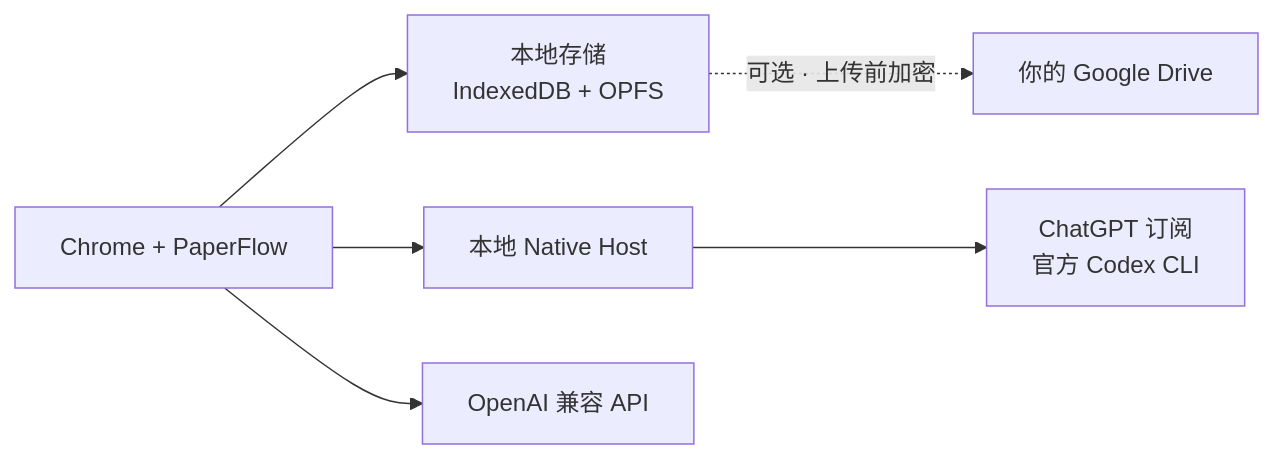
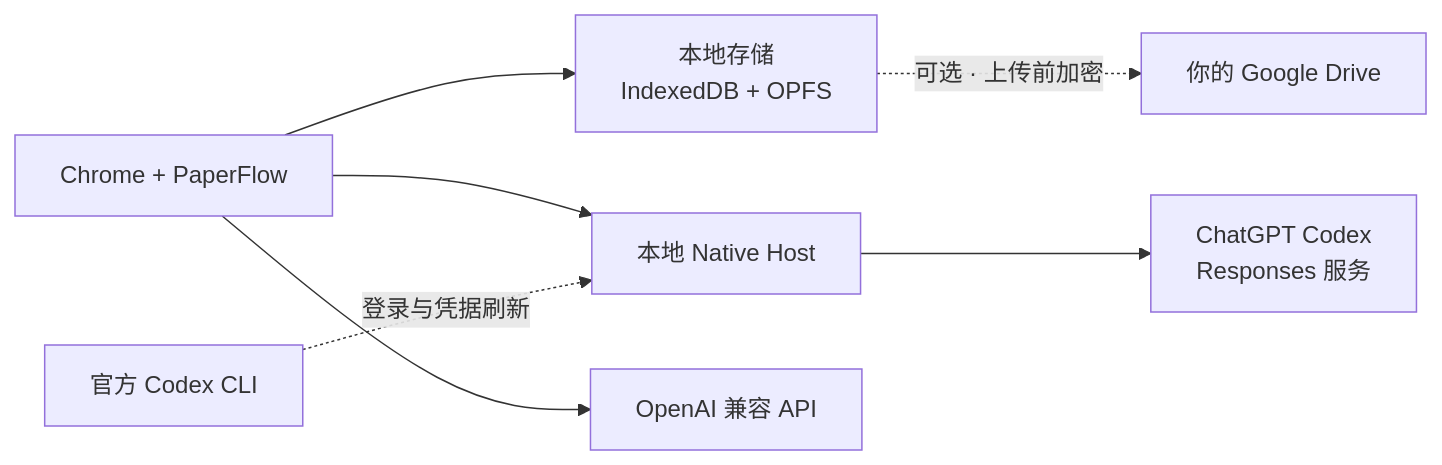
Before and after one commit to Dai0-2/paperflow: the diagram in README.zh-CN.md, drawn with Mermaid. The commit also changed other lines of this file and 22 other files, not shown here.

Commit message:
feat: connect ChatGPT subscription directly via Codex OAuth

````diff
--- a/README.zh-CN.md
+++ b/README.zh-CN.md
@@ -103,8 +103,9 @@
 ```mermaid
 flowchart LR
     B["Chrome + PaperFlow"] --> L["本地存储<br/>IndexedDB + OPFS"]
     L -. "可选 · 上传前加密" .-> D["你的 Google Drive"]
     B --> H["本地 Native Host"]
-    H --> C["ChatGPT 订阅<br/>官方 Codex CLI"]
+    H --> C["ChatGPT Codex<br/>Responses 服务"]
+    X["官方 Codex CLI"] -. "登录与凭据刷新" .-> H
     B --> A["OpenAI 兼容 API"]
 ```
````
